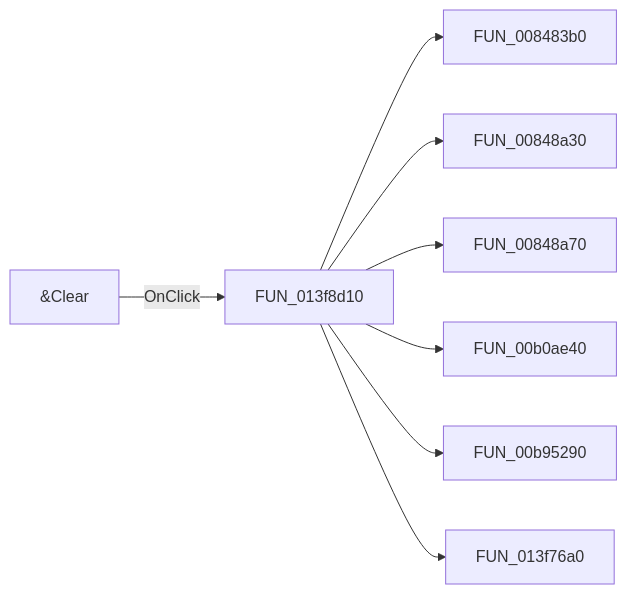
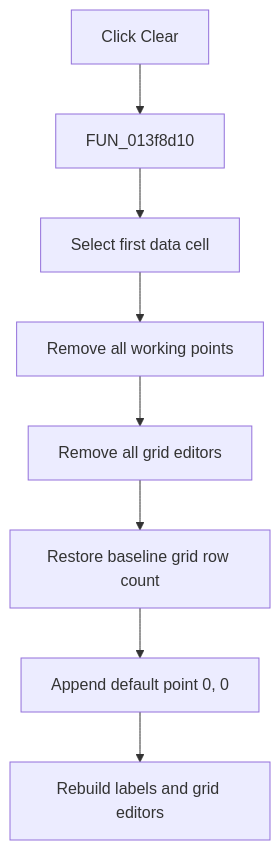
The diagram in docs/ui-controls/psgform/clear-d0cc7cd060.md (MovGP0/TIARA), drawn with Mermaid before and after one commit. The commit also changed other lines of this file and 1062 other files, not shown here.

````diff
--- a/docs/ui-controls/psgform/clear-d0cc7cd060.md
+++ b/docs/ui-controls/psgform/clear-d0cc7cd060.md
@@ -27,10 +31,10 @@
 ```mermaid
-flowchart LR
-    control["&Clear"] -->|OnClick| handler["FUN_013f8d10"]
-    handler --> call1["FUN_008483b0"]
-    handler --> call2["FUN_00848a30"]
-    handler --> call3["FUN_00848a70"]
-    handler --> call4["FUN_00b0ae40"]
-    handler --> call5["FUN_00b95290"]
-    handler --> call6["FUN_013f76a0"]
+flowchart TD
+    Click["Click Clear"] --> Handler["FUN_013f8d10"]
+    Handler --> Select["Select first data cell"]
+    Select --> ClearModel["Remove all working points"]
+    ClearModel --> ClearGrid["Remove all grid editors"]
+    ClearGrid --> Rows["Restore baseline grid row count"]
+    Rows --> Default["Append default point 0, 0"]
+    Default --> Rebuild["Rebuild labels and grid editors"]
 ```
````
